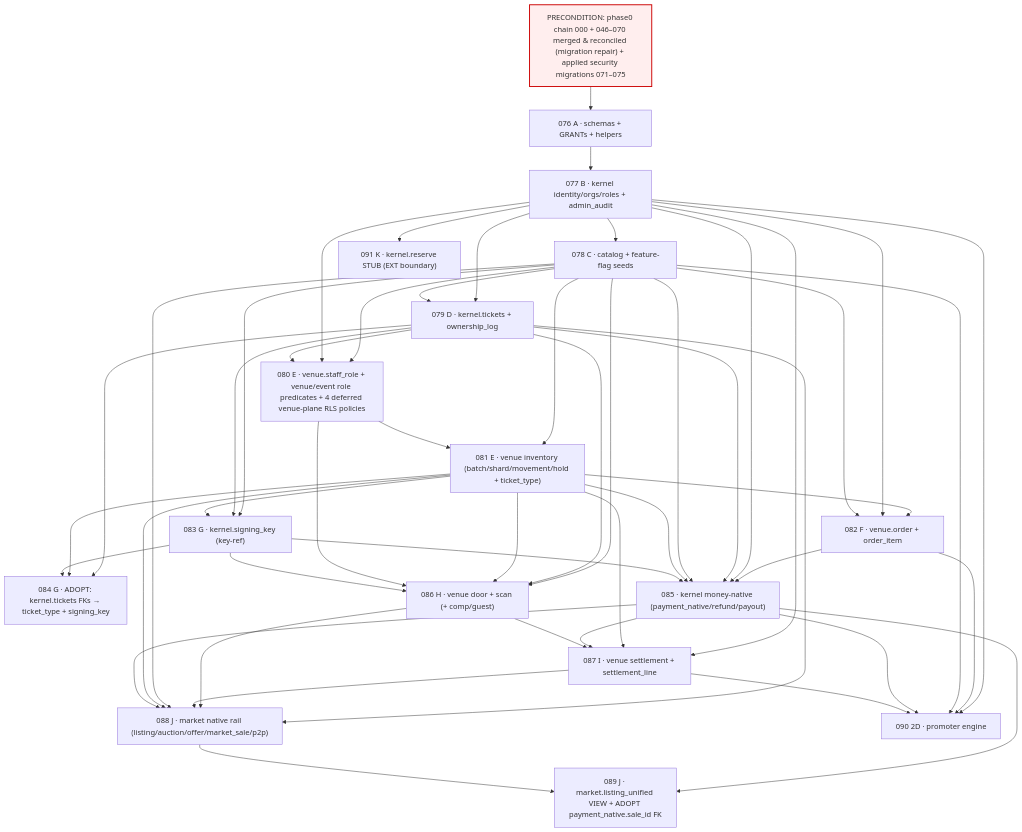
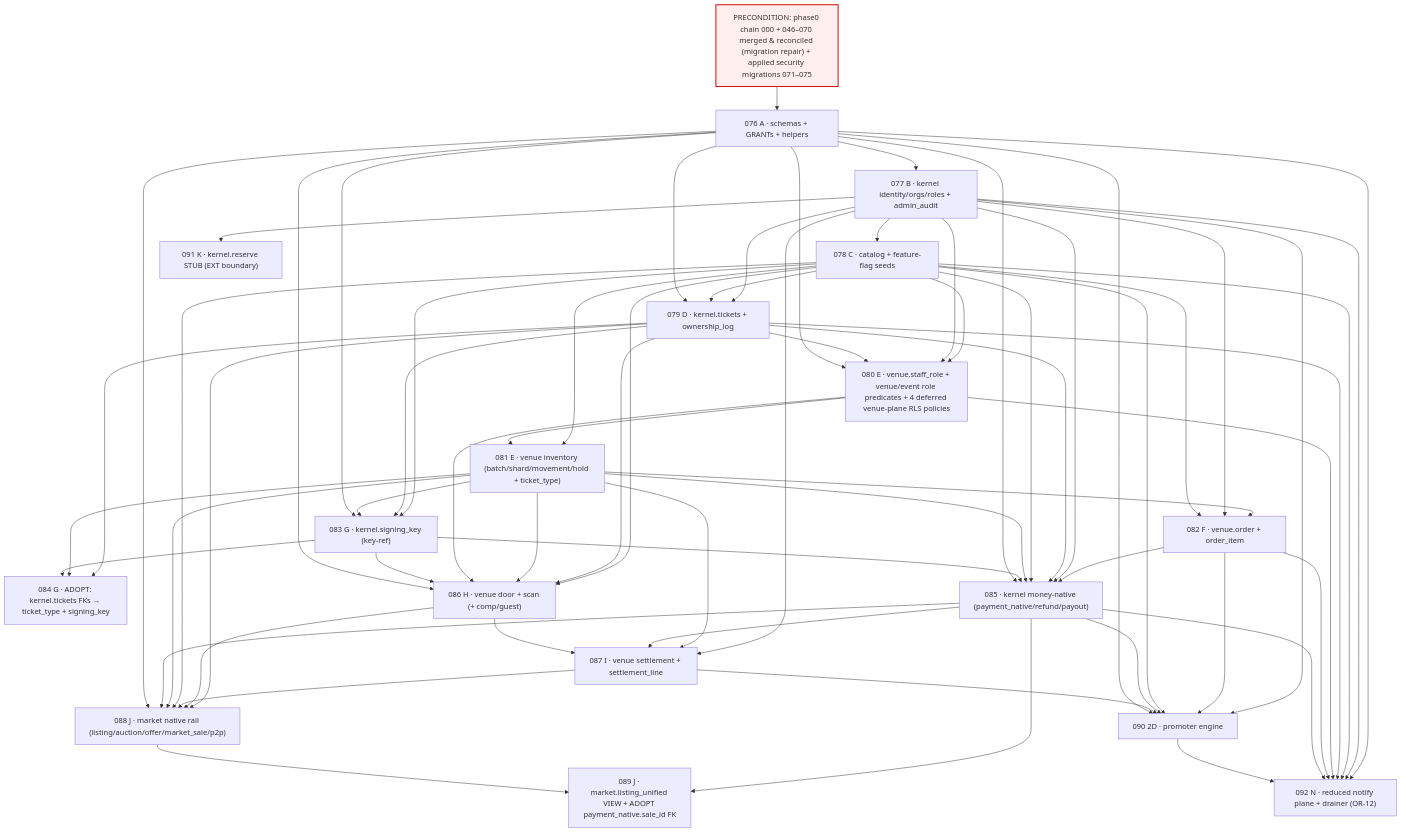
One commit to SnatchIt-app/snatchit changed the diagram in docs/architecture/PHASE_2_SUPABASE_MIGRATION_PLAN.md. Above: the diagram before and after it, drawn with Mermaid. The commit also changed other lines of this file and 4 other files, not shown here.

````diff
--- a/docs/architecture/PHASE_2_SUPABASE_MIGRATION_PLAN.md
+++ b/docs/architecture/PHASE_2_SUPABASE_MIGRATION_PLAN.md
@@ -323,6 +323,7 @@
     J089["089 J · market.listing_unified VIEW + ADOPT payment_native.sale_id FK"]
     D090["090 2D · promoter engine"]
     K091["091 K · kernel.reserve STUB (EXT boundary)"]
+    N092["092 N · reduced notify plane + drainer (OR-12)"]
 
     P0 --> A076 --> B077 --> C078
     B077 --> D079
@@ -369,6 +370,21 @@
     C078 --> D090
     M085 --> D090
     I087 --> D090
+    A076 --> D079
+    A076 --> E080
+    A076 --> G083
+    A076 --> M085
+    A076 --> H086
+    A076 --> J088
+    A076 --> D090
+    A076 --> N092
+    B077 --> N092
+    C078 --> N092
+    D079 --> N092
+    E080 --> N092
+    F082 --> N092
+    M085 --> N092
+    D090 --> N092
     B077 --> K091
     classDef pre fill:#fee,stroke:#c00,stroke-width:2px;
 ```
````
